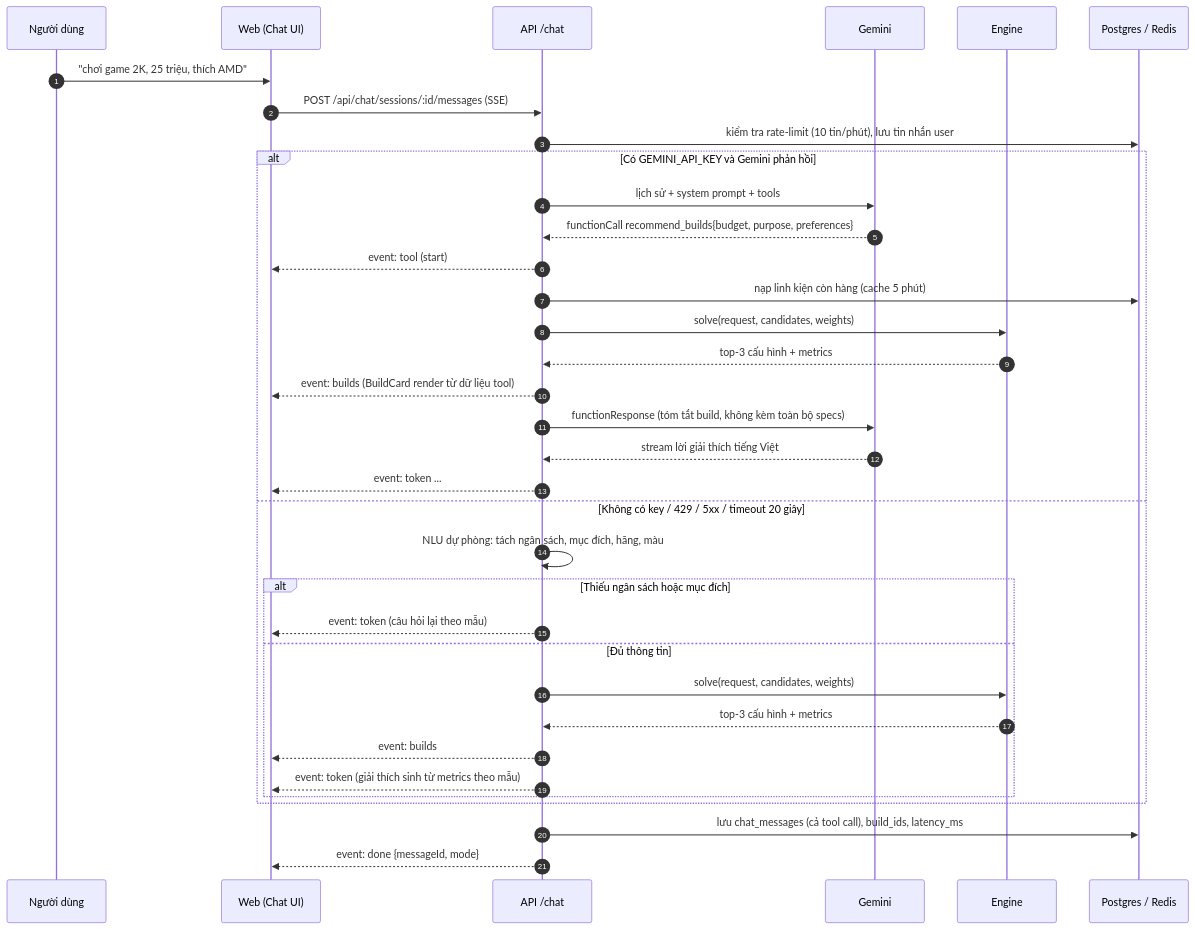
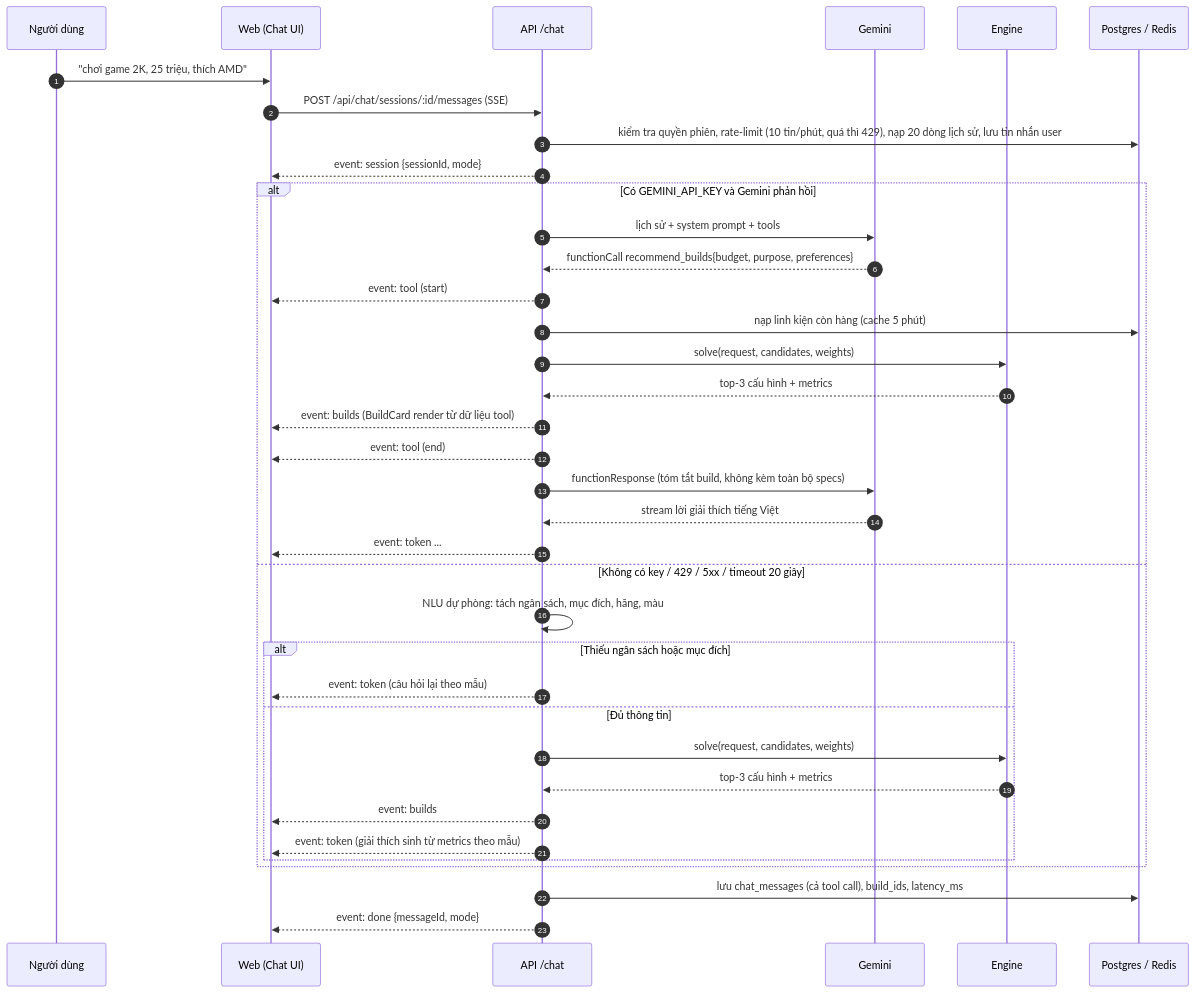
One commit to Okeanosu/pc-builder changed the diagram in docs/diagrams/seq-ai-advisor.mmd. Above: the diagram before and after it, drawn with Mermaid. The commit also changed 9 other files, not shown here.

Commit message:
docs(graph): mark chat module, chat API, NLU, LLM client and chat tests done; advisor feature in progress

```diff
--- a/docs/diagrams/seq-ai-advisor.mmd
+++ b/docs/diagrams/seq-ai-advisor.mmd
@@ -1,35 +1,37 @@
 sequenceDiagram
   autonumber
   participant U as Người dùng
   participant W as Web (Chat UI)
   participant A as API /chat
   participant G as Gemini
   participant E as Engine
   participant DB as Postgres / Redis
   U->>W: "chơi game 2K, 25 triệu, thích AMD"
   W->>A: POST /api/chat/sessions/:id/messages (SSE)
-  A->>DB: kiểm tra rate-limit (10 tin/phút), lưu tin nhắn user
+  A->>DB: kiểm tra quyền phiên, rate-limit (10 tin/phút, quá thì 429), nạp 20 dòng lịch sử, lưu tin nhắn user
+  A-->>W: event: session {sessionId, mode}
   alt Có GEMINI_API_KEY và Gemini phản hồi
     A->>G: lịch sử + system prompt + tools
     G-->>A: functionCall recommend_builds{budget, purpose, preferences}
     A-->>W: event: tool (start)
     A->>DB: nạp linh kiện còn hàng (cache 5 phút)
     A->>E: solve(request, candidates, weights)
     E-->>A: top-3 cấu hình + metrics
     A-->>W: event: builds (BuildCard render từ dữ liệu tool)
+    A-->>W: event: tool (end)
     A->>G: functionResponse (tóm tắt build, không kèm toàn bộ specs)
     G-->>A: stream lời giải thích tiếng Việt
     A-->>W: event: token ...
   else Không có key / 429 / 5xx / timeout 20 giây
     A->>A: NLU dự phòng: tách ngân sách, mục đích, hãng, màu
     alt Thiếu ngân sách hoặc mục đích
       A-->>W: event: token (câu hỏi lại theo mẫu)
     else Đủ thông tin
       A->>E: solve(request, candidates, weights)
       E-->>A: top-3 cấu hình + metrics
       A-->>W: event: builds
       A-->>W: event: token (giải thích sinh từ metrics theo mẫu)
     end
   end
   A->>DB: lưu chat_messages (cả tool call), build_ids, latency_ms
   A-->>W: event: done {messageId, mode}
```
